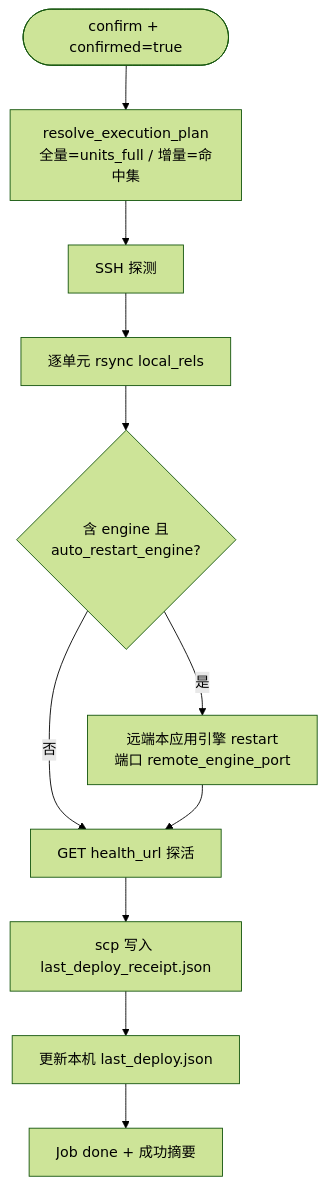
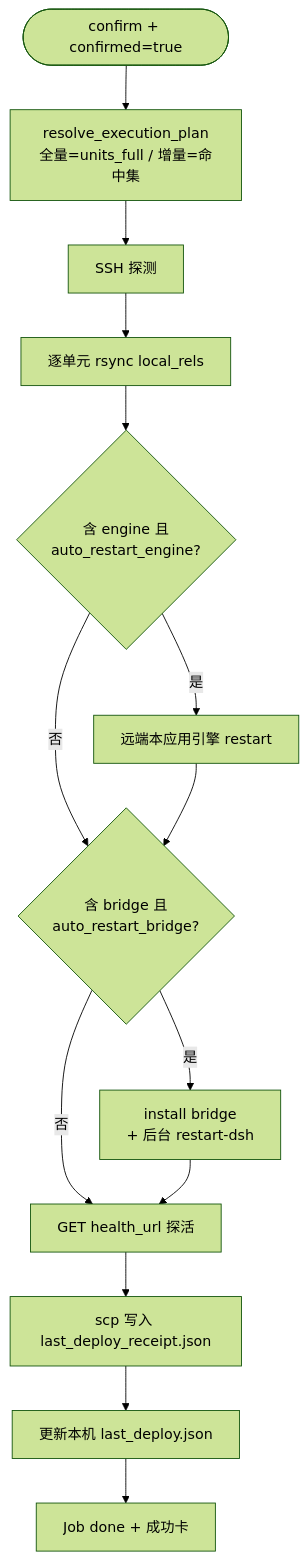
Before and after one commit to LouisBoBo/pythonProject_dsh_zr_workbuddy: the third of 4 diagrams in docs/功能实现/P1-自动化部署-按单元增量.md, drawn with Mermaid (forest theme). The commit also changed other lines of this file and 6 other files, not shown here.

````diff
--- a/docs/功能实现/P1-自动化部署-按单元增量.md
+++ b/docs/功能实现/P1-自动化部署-按单元增量.md
@@ -216,13 +252,16 @@
 ```mermaid
 flowchart TD
   Confirm([confirm + confirmed=true]) --> Plan[resolve_execution_plan<br/>全量=units_full / 增量=命中集]
   Plan --> SSH[SSH 探测]
   SSH --> Loop[逐单元 rsync local_rels]
   Loop --> Eng{含 engine 且<br/>auto_restart_engine?}
-  Eng -->|是| Restart[远端本应用引擎 restart<br/>端口 remote_engine_port]
-  Eng -->|否| Health
-  Restart --> Health[GET health_url 探活]
+  Eng -->|是| RestartEng[远端本应用引擎 restart]
+  Eng -->|否| Br
+  RestartEng --> Br{含 bridge 且<br/>auto_restart_bridge?}
+  Br -->|是| RestartDsh[install bridge<br/>+ 后台 restart-dsh]
+  Br -->|否| Health
+  RestartDsh --> Health[GET health_url 探活]
   Health --> Receipt[scp 写入 last_deploy_receipt.json]
   Receipt --> Local[更新本机 last_deploy.json]
-  Local --> Done[Job done + 成功摘要]
+  Local --> Done[Job done + 成功卡]
 ```
````
